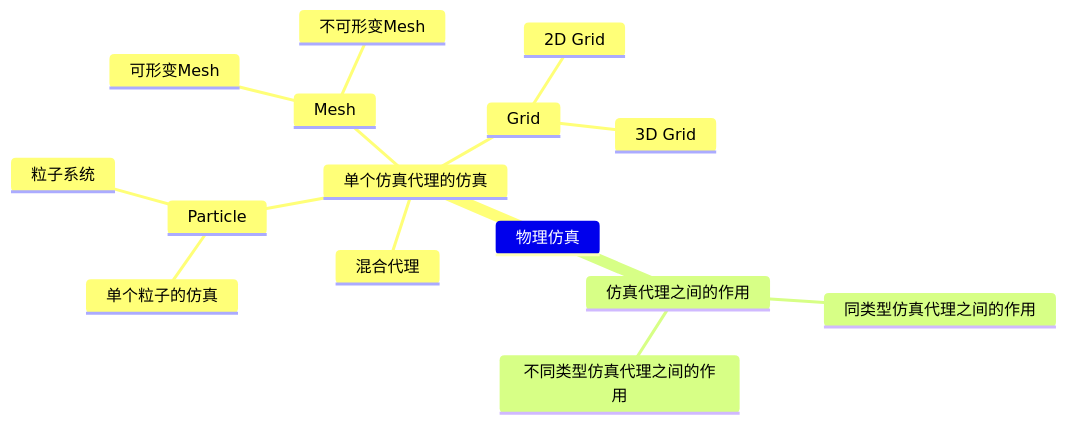
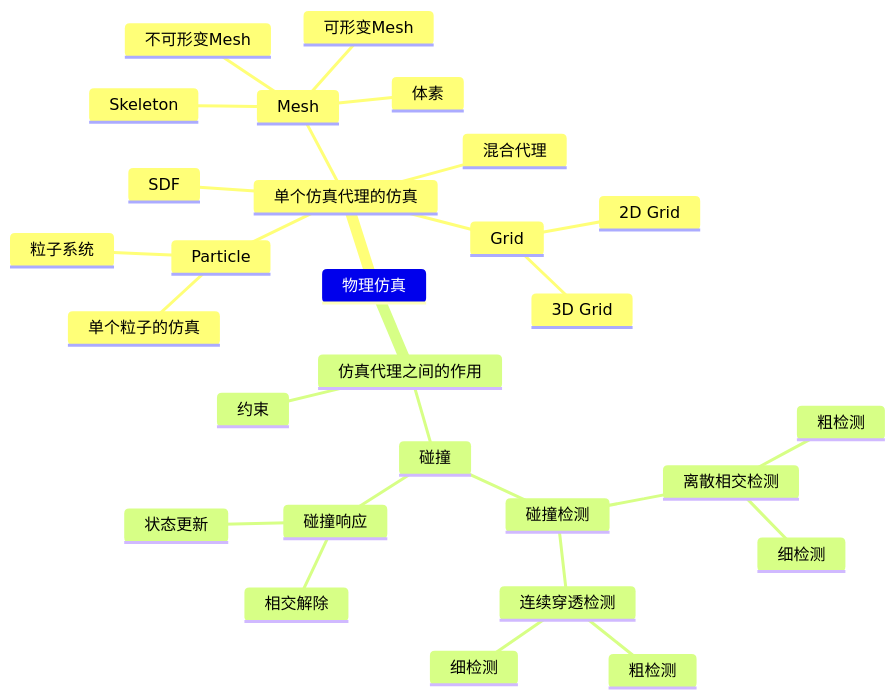
The diagram in src/README.md (CaterpillarStudyGroup/GAMES103_mdbook), drawn with Mermaid before and after one commit. The commit also changed 3 other files, not shown here.

````diff
--- a/src/README.md
+++ b/src/README.md
@@ -12,18 +12,31 @@
 ```mermaid
 mindmap
 物理仿真
     单个仿真代理的仿真
         Particle
             单个粒子的仿真
             粒子系统
         Mesh
             不可形变Mesh
             可形变Mesh
+            Skeleton
+            体素
         Grid
             2D Grid
             3D Grid
+        SDF
         混合代理
     仿真代理之间的作用
-        同类型仿真代理之间的作用
-        不同类型仿真代理之间的作用
+        碰撞
+            碰撞检测
+                离散相交检测
+                    粗检测
+                    细检测
+                连续穿透检测
+                    粗检测
+                    细检测
+            碰撞响应
+                相交解除
+                状态更新
+        约束
 ```
````
